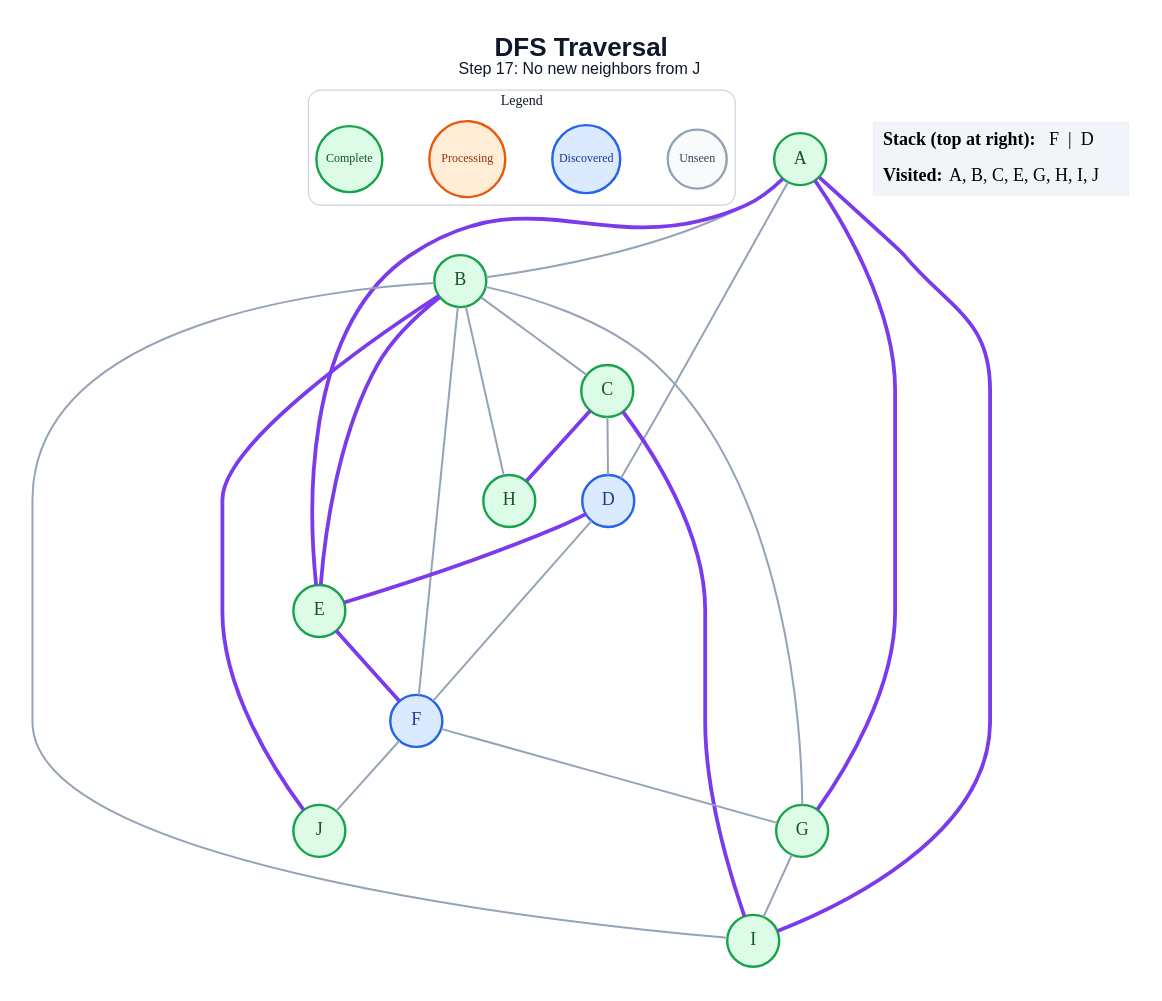
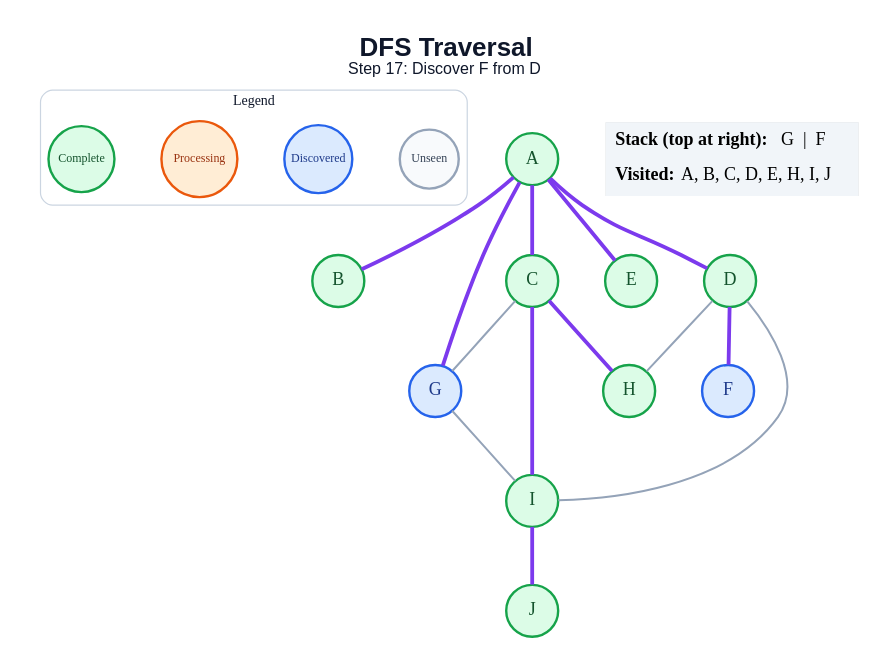
Before and after one commit to amanghodawala9/ai-slop: the diagram in generated/specific-node/dfs/step_17.dot, drawn with Graphviz. The commit also changed 178 other files, not shown here.

```diff
--- a/generated/specific-node/dfs/step_17.dot
+++ b/generated/specific-node/dfs/step_17.dot
@@ -1,50 +1,42 @@
 graph traversal {
   graph [layout=dot, rankdir=TB, bgcolor="#FFFFFF", pad="0.35", nodesep="0.65", ranksep="0.8", fontname="Arial"];
   node [shape=circle, style="filled", fontname="Arial Bold", fontsize=18, width=0.72, fixedsize=true, penwidth=2.4];
   edge [color="#94A3B8", penwidth=2.0];
-  label=<<B>DFS Traversal</B><BR/><FONT POINT-SIZE="16">Step 17: No new neighbors from J</FONT>>; labelloc="t"; fontsize=26; fontname="Arial"; fontcolor="#0F172A";
+  label=<<B>DFS Traversal</B><BR/><FONT POINT-SIZE="16">Step 17: Discover F from D</FONT>>; labelloc="t"; fontsize=26; fontname="Arial"; fontcolor="#0F172A";
   subgraph cluster_legend { label="Legend"; color="#CBD5E1"; penwidth=1.2; style="rounded"; fontsize=14; fontname="Arial Bold";
     key_unseen [label="Unseen", fillcolor="#F8FAFC", color="#94A3B8", fontcolor="#334155", fontsize=12, width=0.82];
     key_frontier [label="Discovered", fillcolor="#DBEAFE", color="#2563EB", fontcolor="#1E3A8A", fontsize=12, width=0.95];
     key_current [label="Processing", fillcolor="#FFEDD5", color="#EA580C", fontcolor="#9A3412", fontsize=12, width=1.05];
     key_done [label="Complete", fillcolor="#DCFCE7", color="#16A34A", fontcolor="#14532D", fontsize=12, width=0.92];
     { rank=same; key_unseen; key_frontier; key_current; key_done; }
   }
   A [fillcolor="#DCFCE7", color="#16A34A", fontcolor="#14532D"];
   B [fillcolor="#DCFCE7", color="#16A34A", fontcolor="#14532D"];
   C [fillcolor="#DCFCE7", color="#16A34A", fontcolor="#14532D"];
-  D [fillcolor="#DBEAFE", color="#2563EB", fontcolor="#1E3A8A"];
+  D [fillcolor="#DCFCE7", color="#16A34A", fontcolor="#14532D"];
   E [fillcolor="#DCFCE7", color="#16A34A", fontcolor="#14532D"];
   F [fillcolor="#DBEAFE", color="#2563EB", fontcolor="#1E3A8A"];
-  G [fillcolor="#DCFCE7", color="#16A34A", fontcolor="#14532D"];
+  G [fillcolor="#DBEAFE", color="#2563EB", fontcolor="#1E3A8A"];
   H [fillcolor="#DCFCE7", color="#16A34A", fontcolor="#14532D"];
   I [fillcolor="#DCFCE7", color="#16A34A", fontcolor="#14532D"];
   J [fillcolor="#DCFCE7", color="#16A34A", fontcolor="#14532D"];
-  A -- B;
-  A -- D;
+  A -- B [color="#7C3AED", penwidth=3.8];
+  A -- C [color="#7C3AED", penwidth=3.8];
+  A -- D [color="#7C3AED", penwidth=3.8];
   A -- E [color="#7C3AED", penwidth=3.8];
   A -- G [color="#7C3AED", penwidth=3.8];
-  A -- I [color="#7C3AED", penwidth=3.8];
-  B -- C;
-  B -- E [color="#7C3AED", penwidth=3.8];
-  B -- F;
-  B -- G;
-  B -- H;
-  B -- I;
-  B -- J [color="#7C3AED", penwidth=3.8];
-  C -- D;
+  C -- G;
   C -- H [color="#7C3AED", penwidth=3.8];
   C -- I [color="#7C3AED", penwidth=3.8];
-  D -- E [color="#7C3AED", penwidth=3.8];
-  D -- F;
-  E -- F [color="#7C3AED", penwidth=3.8];
-  F -- G;
-  F -- J;
+  D -- F [color="#7C3AED", penwidth=3.8];
+  D -- H;
+  D -- I;
   G -- I;
+  I -- J [color="#7C3AED", penwidth=3.8];
   status [shape=plain, fixedsize=false, width=0, height=0, margin=0, label=<
     <TABLE BORDER="0" CELLBORDER="0" CELLPADDING="7" BGCOLOR="#F1F5F9">
-      <TR><TD ALIGN="LEFT"><B>Stack (top at right):</B> F  |  D</TD></TR>
-      <TR><TD ALIGN="LEFT"><B>Visited:</B> A, B, C, E, G, H, I, J</TD></TR>
+      <TR><TD ALIGN="LEFT"><B>Stack (top at right):</B> G  |  F</TD></TR>
+      <TR><TD ALIGN="LEFT"><B>Visited:</B> A, B, C, D, E, H, I, J</TD></TR>
     </TABLE>
   >];
 }
```
